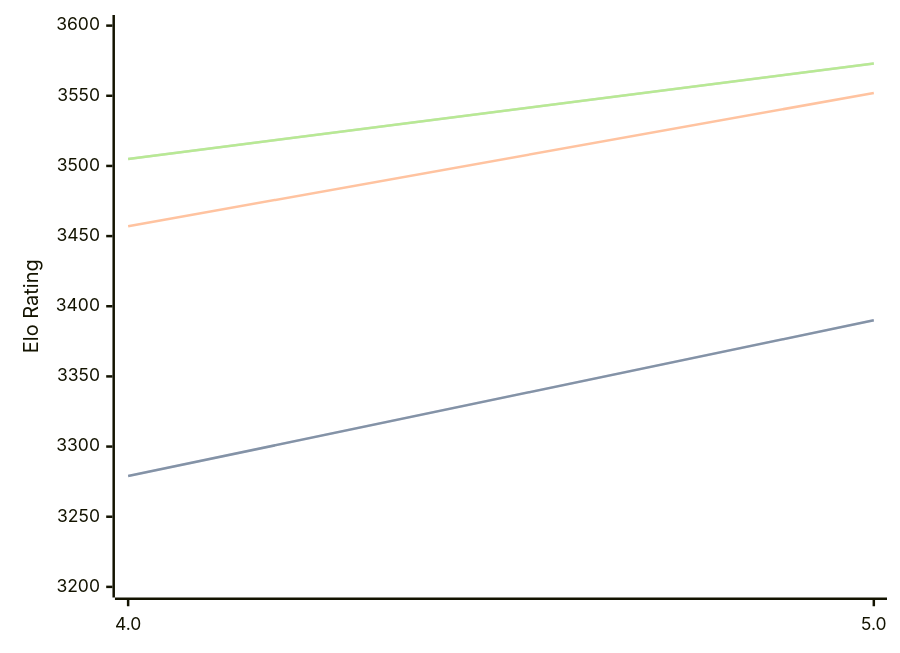
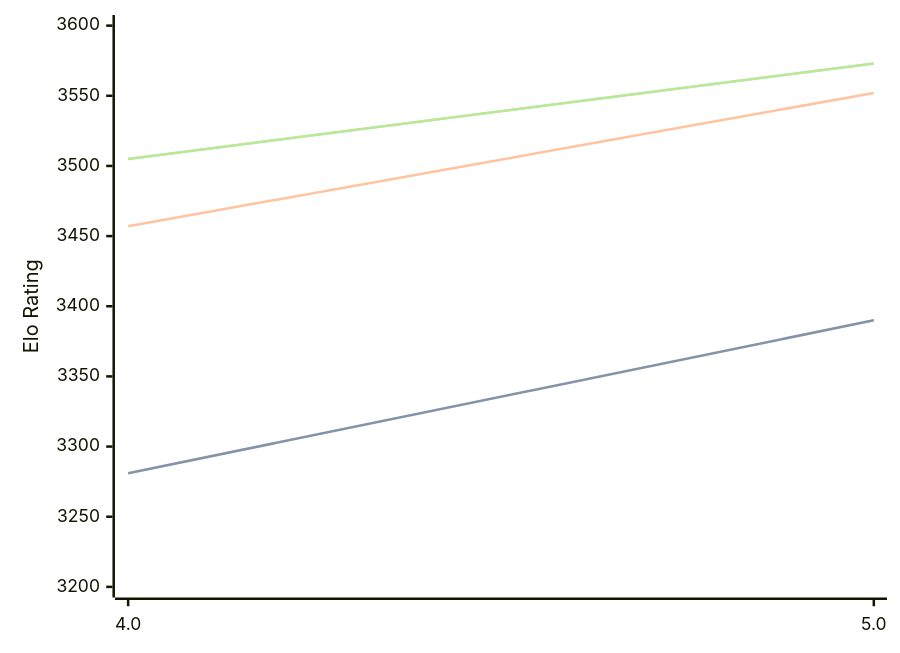
One commit to computer-chess-index/cci changed the diagram in engines/Tarnished.md. Above: the diagram before and after it, drawn with Mermaid. The commit also changed other lines of this file, not shown here.

````diff
--- a/engines/Tarnished.md
+++ b/engines/Tarnished.md
@@ -36,11 +36,11 @@
 ```mermaid
 %%{init: {"theme":"base","themeVariables":{"seriesColors:['#a3a3a3','#222221','#faa371']}}}%%
 xychart-beta
   x-axis ["4.0", "5.0"]
   y-axis "Elo Rating" 3200 --> 3600
-  line "STC (8.0+0.08s)" [3279, 3390]
-  line "STC (8.0+0.08s)" [3279, 3390]
+  line "STC (8.0+0.08s)" [3281, 3390]
+  line "STC (8.0+0.08s)" [3281, 3390]
   line "LTC (60.0+0.60s)" [3457, 3552]
   line "VLTC (2m24s+1.12s)" [3505, 3573]
   line "VLTC (2m24s+1.12s)" [3505, 3573]
 ```
````
